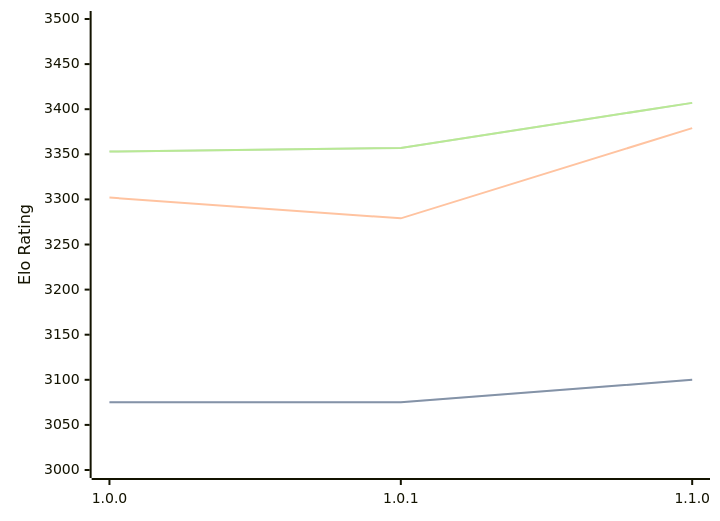
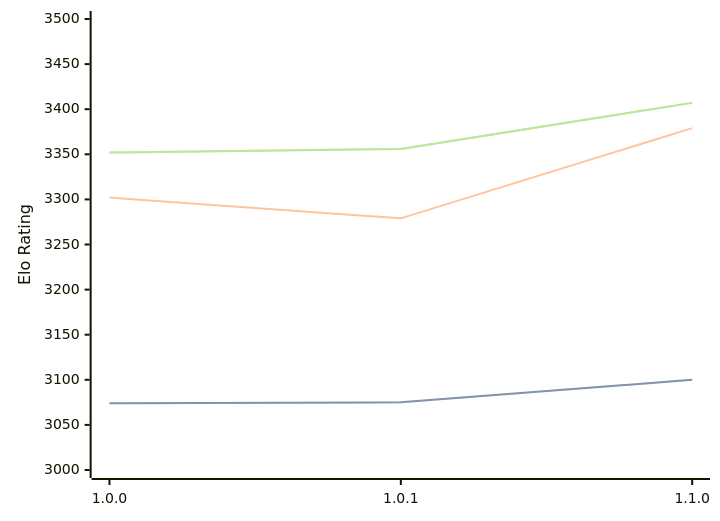
Before and after one commit to computer-chess-index/cci: the diagram in engines/Ursus.md, drawn with Mermaid. The commit also changed other lines of this file, not shown here.

Commit message:
Update CCI Ratings (ELO VLTC) - 2026-10-01

````diff
--- a/engines/Ursus.md
+++ b/engines/Ursus.md
@@ -33,11 +33,11 @@
 ```mermaid
 %%{init: {"theme":"base","themeVariables":{"seriesColors:['#a3a3a3','#222221','#faa371']}}}%%
 xychart-beta
   x-axis ["1.0.0", "1.0.1", "1.1.0"]
   y-axis "Elo Rating" 3000 --> 3500
-  line "" [3075, 3075, 3100]
-  line "STC (8.0+0.08s)" [3075, 3075, 3100]
+  line "" [3074, 3075, 3100]
+  line "STC (8.0+0.08s)" [3074, 3075, 3100]
   line "LTC (60.0+0.60s)" [3302, 3279, 3379]
-  line "" [3353, 3357, 3407]
-  line "VLTC (2m24s+1.12s)" [3353, 3357, 3407]
+  line "" [3352, 3356, 3407]
+  line "VLTC (2m24s+1.12s)" [3352, 3356, 3407]
 ```
````
